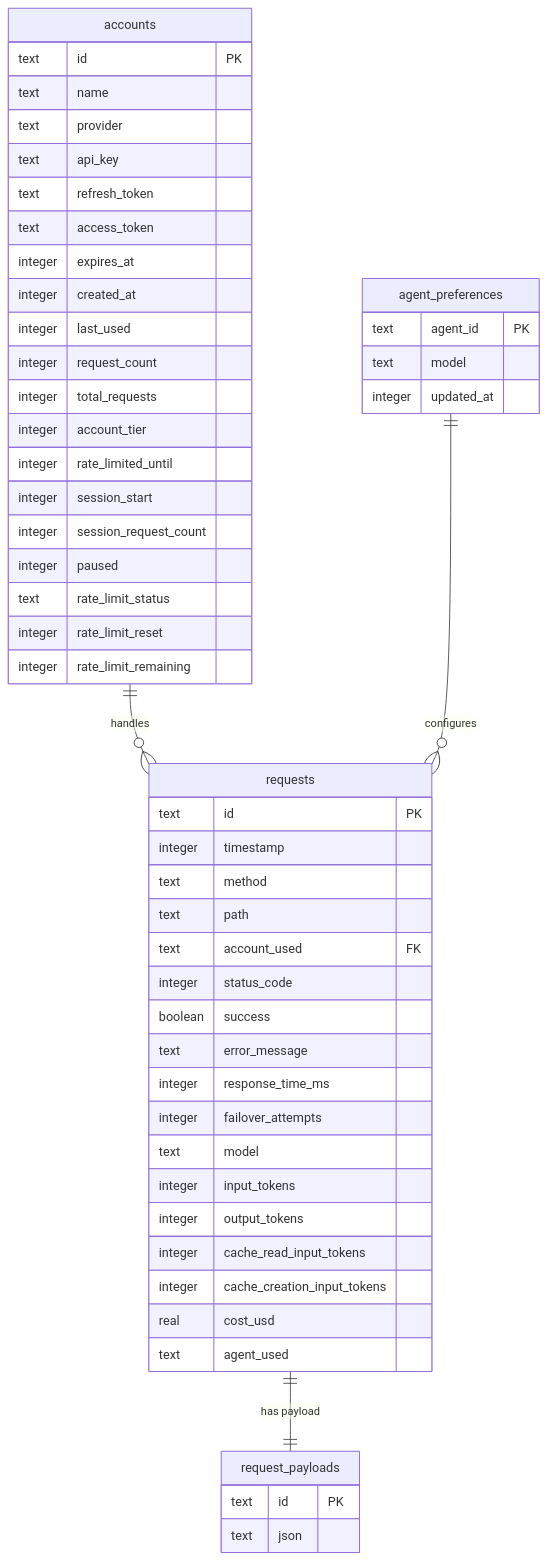
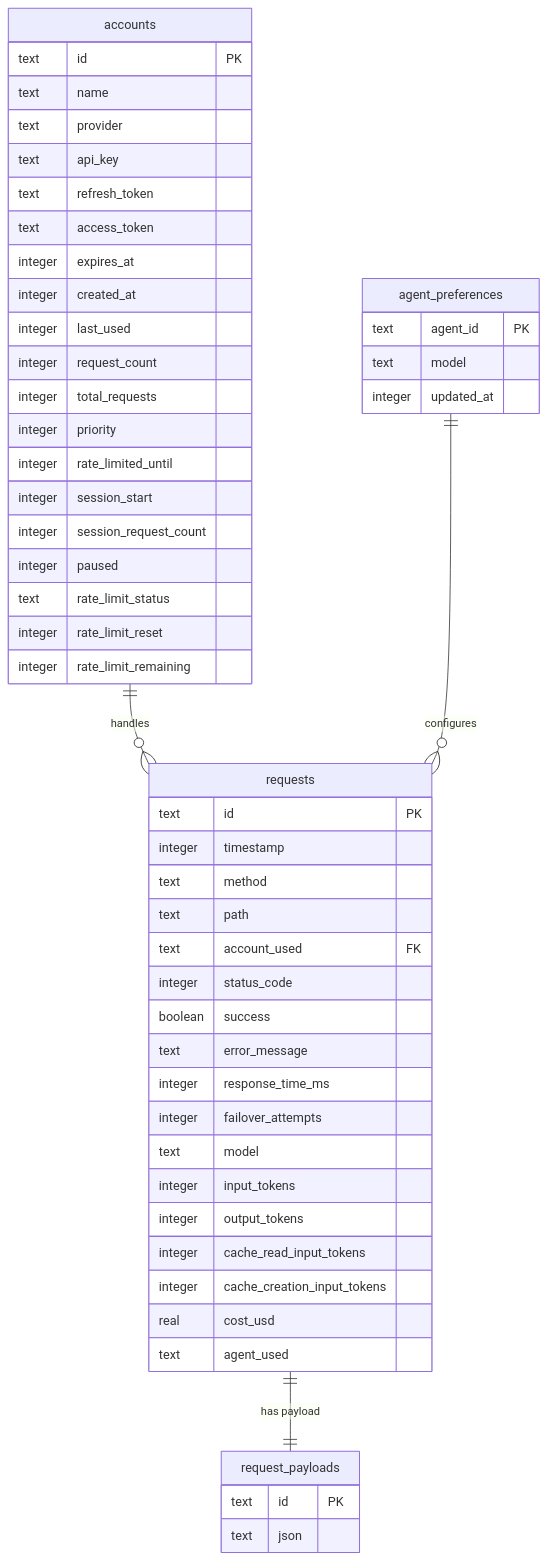
The eighth of 25 diagrams in docs/architecture.md (tombii/better-ccflare), drawn with Mermaid before and after one commit. The commit also changed other lines of this file and 37 other files, not shown here.

````diff
--- a/docs/architecture.md
+++ b/docs/architecture.md
@@ -410,59 +409,59 @@
 ```mermaid
 erDiagram
     accounts {
         text id PK
         text name
         text provider
         text api_key
         text refresh_token
         text access_token
         integer expires_at
         integer created_at
         integer last_used
         integer request_count
         integer total_requests
-        integer account_tier
+        integer priority
         integer rate_limited_until
         integer session_start
         integer session_request_count
         integer paused
         text rate_limit_status
         integer rate_limit_reset
         integer rate_limit_remaining
     }
     
     requests {
         text id PK
         integer timestamp
         text method
         text path
         text account_used FK
         integer status_code
         boolean success
         text error_message
         integer response_time_ms
         integer failover_attempts
         text model
         integer input_tokens
         integer output_tokens
         integer cache_read_input_tokens
         integer cache_creation_input_tokens
         real cost_usd
         text agent_used
     }
     
     request_payloads {
         text id PK
         text json
     }
     
     agent_preferences {
         text agent_id PK
         text model
         integer updated_at
     }
     
     accounts ||--o{ requests : "handles"
     requests ||--|| request_payloads : "has payload"
     agent_preferences ||--o{ requests : "configures"
 ```
````
